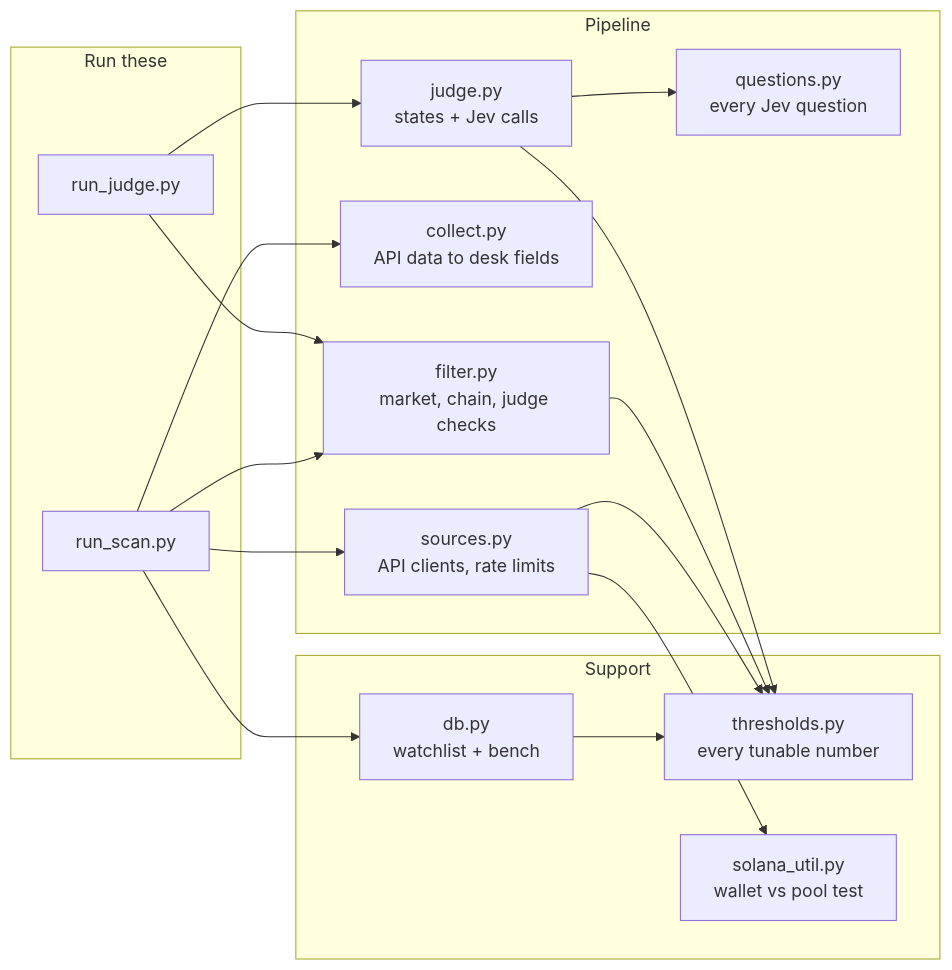
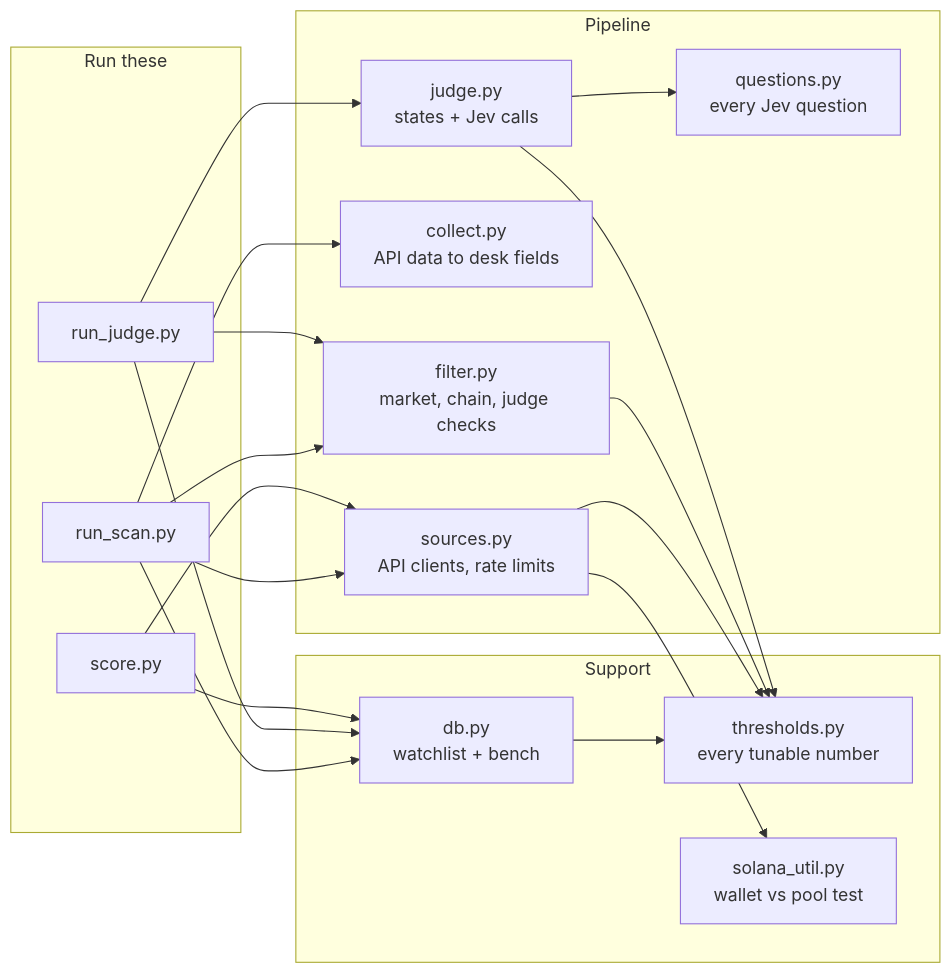
Before and after one commit to NickHammer/jev-desk: the seventh of 7 diagrams in ARCHITECTURE.md, drawn with Mermaid. The commit also changed other lines of this file and 8 other files, not shown here.

````diff
--- a/ARCHITECTURE.md
+++ b/ARCHITECTURE.md
@@ -135,24 +166,26 @@
 ```mermaid
 flowchart LR
     subgraph entry["Run these"]
         rs["run_scan.py"]
         rj["run_judge.py"]
+        sc["score.py"]
     end
     subgraph core["Pipeline"]
         src["sources.py<br/>API clients, rate limits"]
         col["collect.py<br/>API data to desk fields"]
         fil["filter.py<br/>market, chain, judge checks"]
         jd["judge.py<br/>states + Jev calls"]
         qs["questions.py<br/>every Jev question"]
     end
     subgraph support["Support"]
         th["thresholds.py<br/>every tunable number"]
         db["db.py<br/>watchlist + bench"]
         su["solana_util.py<br/>wallet vs pool test"]
     end
     rs --> src & col & fil & db
-    rj --> jd & fil
+    rj --> jd & fil & db
+    sc --> src & db
     jd --> qs
     src --> su
     src & fil & db & jd --> th
 ```
````
